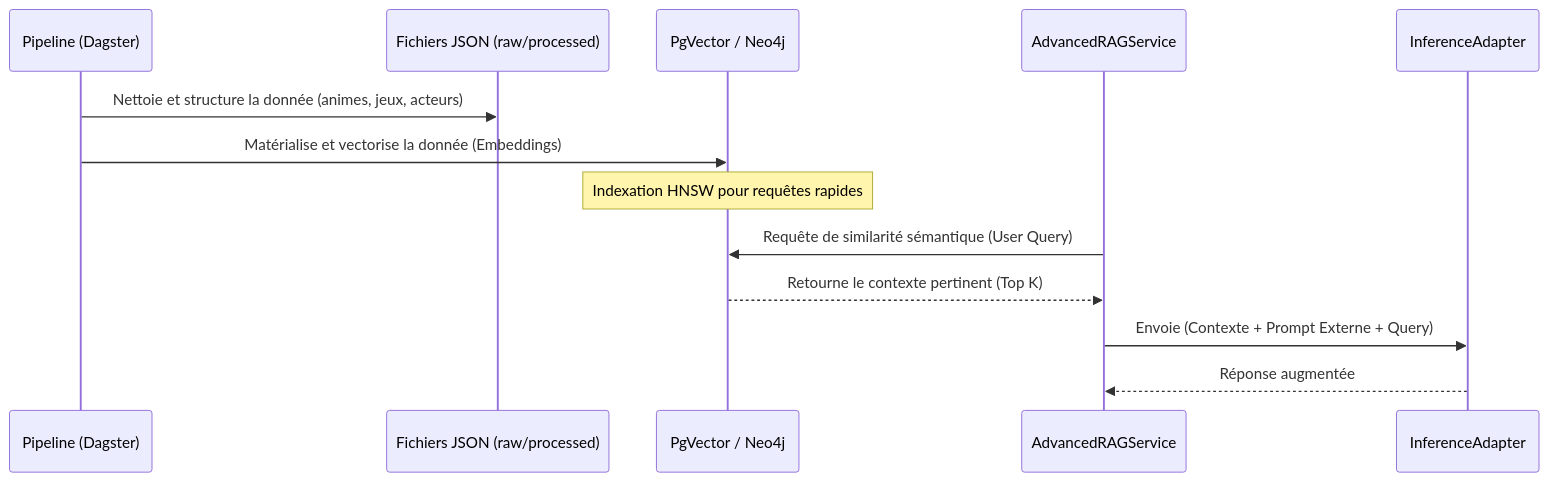
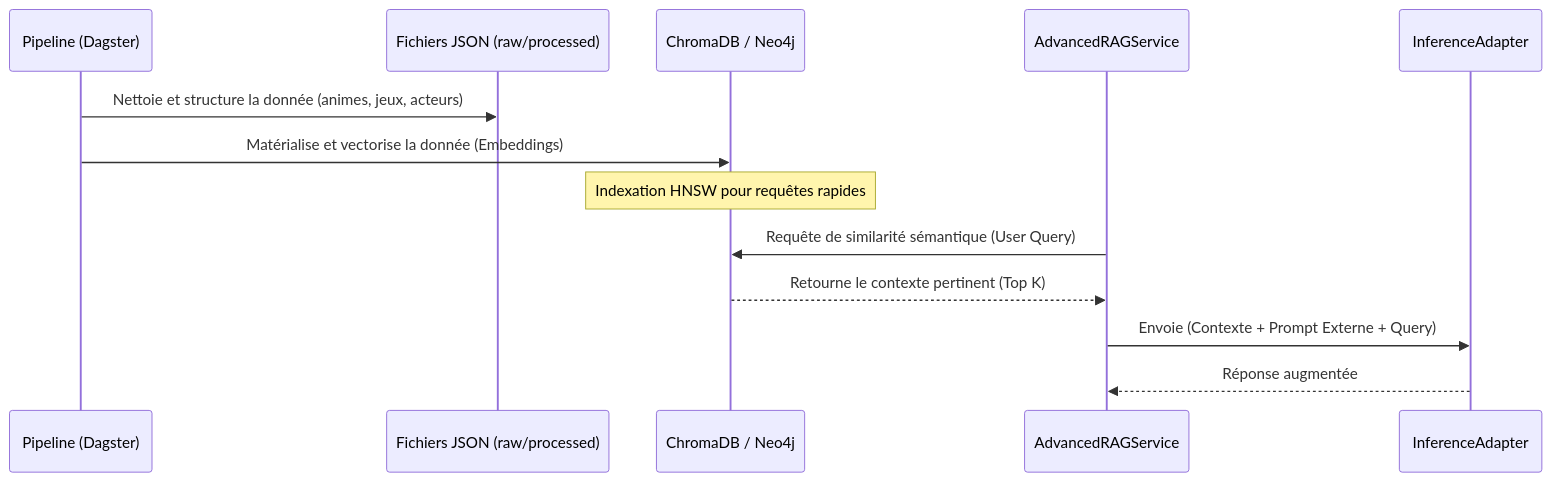
One commit to MissawB/Animetix changed the fourth of 5 diagrams in docs/DIAGRAMMES.md. Above: the diagram before and after it, drawn with Mermaid. The commit also changed other lines of this file and 129 other files, not shown here.

````diff
--- a/docs/DIAGRAMMES.md
+++ b/docs/DIAGRAMMES.md
@@ -140,18 +140,18 @@
 ```mermaid
 sequenceDiagram
     participant Dagster as Pipeline (Dagster)
     participant Json as Fichiers JSON (raw/processed)
-    participant Db as PgVector / Neo4j
+    participant Db as ChromaDB / Neo4j
     participant RAG as AdvancedRAGService
     participant LLM as InferenceAdapter
 
     Dagster->>Json: Nettoie et structure la donnée (animes, jeux, acteurs)
     Dagster->>Db: Matérialise et vectorise la donnée (Embeddings)
     Note over Db: Indexation HNSW pour requêtes rapides
     
     RAG->>Db: Requête de similarité sémantique (User Query)
     Db-->>RAG: Retourne le contexte pertinent (Top K)
     
     RAG->>LLM: Envoie (Contexte + Prompt Externe + Query)
     LLM-->>RAG: Réponse augmentée
 ```
````
